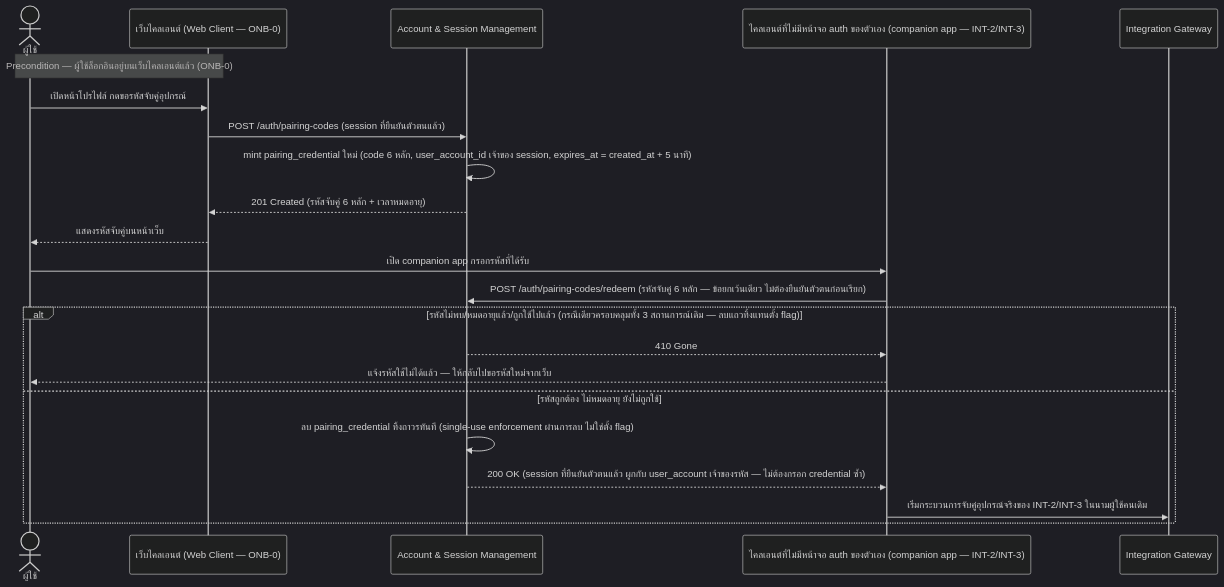
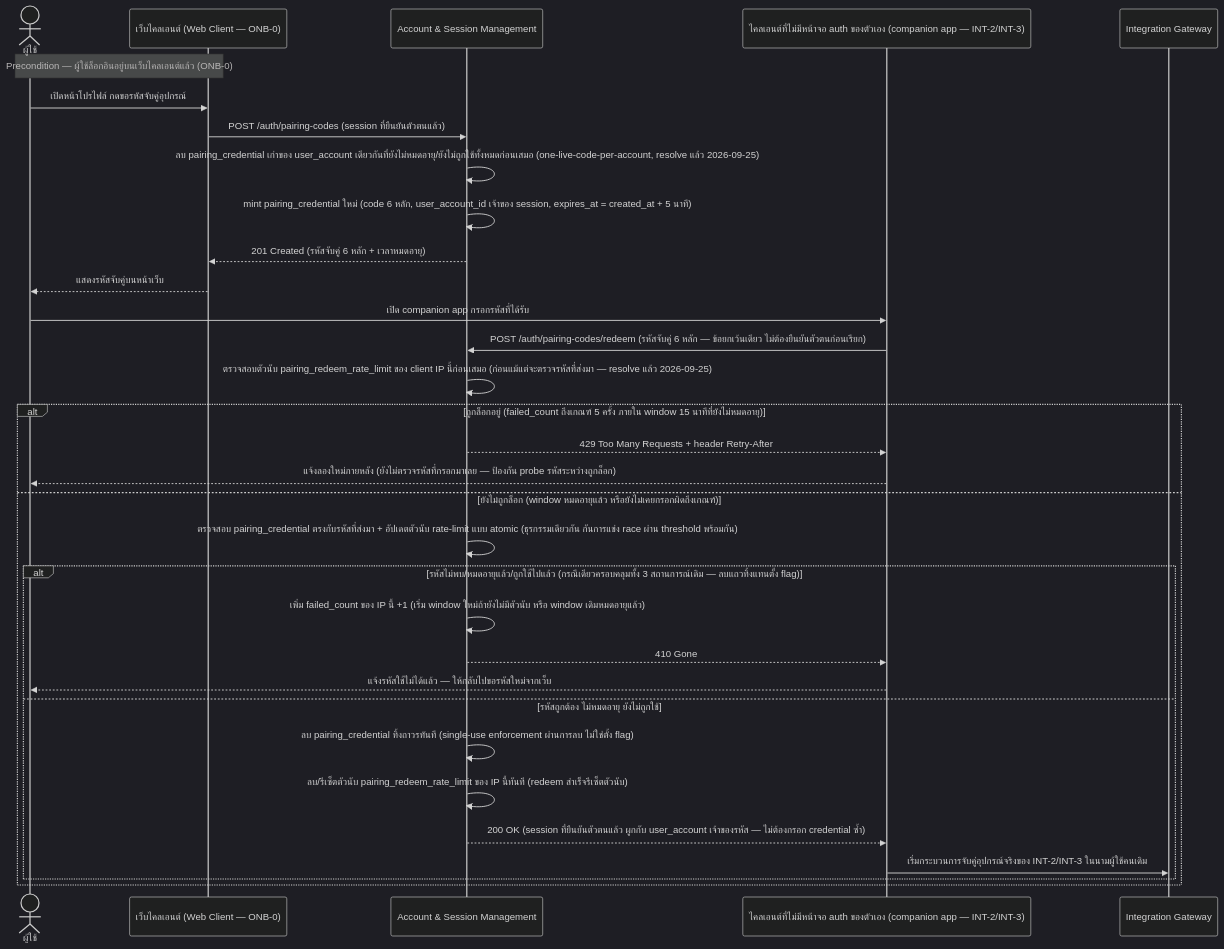
Before and after one commit to Kikofah/smartFit_daily: the third of 5 diagrams in docs/02-design/02-technical/detailed-design/04-smart-integrations.md, drawn with Mermaid (dark theme). The commit also changed other lines of this file and 17 other files, not shown here.

````diff
--- a/docs/02-design/02-technical/detailed-design/04-smart-integrations.md
+++ b/docs/02-design/02-technical/detailed-design/04-smart-integrations.md
@@ -157,24 +186,34 @@
 ```mermaid
 sequenceDiagram
     actor U as ผู้ใช้
     participant WC as เว็บไคลเอนต์ (Web Client — ONB-0)
     participant AS as Account & Session Management
     participant MC as ไคลเอนต์ที่ไม่มีหน้าจอ auth ของตัวเอง (companion app — INT-2/INT-3)
     participant IG as Integration Gateway
     Note over U,WC: Precondition — ผู้ใช้ล็อกอินอยู่บนเว็บไคลเอนต์แล้ว (ONB-0)
     U->>WC: เปิดหน้าโปรไฟล์ กดขอรหัสจับคู่อุปกรณ์
     WC->>AS: POST /auth/pairing-codes (session ที่ยืนยันตัวตนแล้ว)
+    AS->>AS: ลบ pairing_credential เก่าของ user_account เดียวกันที่ยังไม่หมดอายุ/ยังไม่ถูกใช้ทั้งหมดก่อนเสมอ (one-live-code-per-account, resolve แล้ว 2026-09-25)
     AS->>AS: mint pairing_credential ใหม่ (code 6 หลัก, user_account_id เจ้าของ session, expires_at = created_at + 5 นาที)
     AS-->>WC: 201 Created (รหัสจับคู่ 6 หลัก + เวลาหมดอายุ)
     WC-->>U: แสดงรหัสจับคู่บนหน้าเว็บ
     U->>MC: เปิด companion app กรอกรหัสที่ได้รับ
     MC->>AS: POST /auth/pairing-codes/redeem (รหัสจับคู่ 6 หลัก — ข้อยกเว้นเดียว ไม่ต้องยืนยันตัวตนก่อนเรียก)
-    alt รหัสไม่พบ/หมดอายุแล้ว/ถูกใช้ไปแล้ว (กรณีเดียวครอบคลุมทั้ง 3 สถานการณ์เดิม — ลบแถวทิ้งแทนตั้ง flag)
-        AS-->>MC: 410 Gone
-        MC-->>U: แจ้งรหัสใช้ไม่ได้แล้ว — ให้กลับไปขอรหัสใหม่จากเว็บ
-    else รหัสถูกต้อง ไม่หมดอายุ ยังไม่ถูกใช้
-        AS->>AS: ลบ pairing_credential ทิ้งถาวรทันที (single-use enforcement ผ่านการลบ ไม่ใช่ตั้ง flag)
-        AS-->>MC: 200 OK (session ที่ยืนยันตัวตนแล้ว ผูกกับ user_account เจ้าของรหัส — ไม่ต้องกรอก credential ซ้ำ)
-        MC->>IG: เริ่มกระบวนการจับคู่อุปกรณ์จริงของ INT-2/INT-3 ในนามผู้ใช้คนเดิม
+    AS->>AS: ตรวจสอบตัวนับ pairing_redeem_rate_limit ของ client IP นี้ก่อนเสมอ (ก่อนแม้แต่จะตรวจรหัสที่ส่งมา — resolve แล้ว 2026-09-25)
+    alt ถูกล็อกอยู่ (failed_count ถึงเกณฑ์ 5 ครั้ง ภายใน window 15 นาทีที่ยังไม่หมดอายุ)
+        AS-->>MC: 429 Too Many Requests + header Retry-After
+        MC-->>U: แจ้งลองใหม่ภายหลัง (ยังไม่ตรวจรหัสที่กรอกมาเลย — ป้องกัน probe รหัสระหว่างถูกล็อก)
+    else ยังไม่ถูกล็อก (window หมดอายุแล้ว หรือยังไม่เคยกรอกผิดถึงเกณฑ์)
+        AS->>AS: ตรวจสอบ pairing_credential ตรงกับรหัสที่ส่งมา + อัปเดตตัวนับ rate-limit แบบ atomic (ธุรกรรมเดียวกัน กันการแข่ง race ผ่าน threshold พร้อมกัน)
+        alt รหัสไม่พบ/หมดอายุแล้ว/ถูกใช้ไปแล้ว (กรณีเดียวครอบคลุมทั้ง 3 สถานการณ์เดิม — ลบแถวทิ้งแทนตั้ง flag)
+            AS->>AS: เพิ่ม failed_count ของ IP นี้ +1 (เริ่ม window ใหม่ถ้ายังไม่มีตัวนับ หรือ window เดิมหมดอายุแล้ว)
+            AS-->>MC: 410 Gone
+            MC-->>U: แจ้งรหัสใช้ไม่ได้แล้ว — ให้กลับไปขอรหัสใหม่จากเว็บ
+        else รหัสถูกต้อง ไม่หมดอายุ ยังไม่ถูกใช้
+            AS->>AS: ลบ pairing_credential ทิ้งถาวรทันที (single-use enforcement ผ่านการลบ ไม่ใช่ตั้ง flag)
+            AS->>AS: ลบ/รีเซ็ตตัวนับ pairing_redeem_rate_limit ของ IP นี้ทันที (redeem สำเร็จรีเซ็ตตัวนับ)
+            AS-->>MC: 200 OK (session ที่ยืนยันตัวตนแล้ว ผูกกับ user_account เจ้าของรหัส — ไม่ต้องกรอก credential ซ้ำ)
+            MC->>IG: เริ่มกระบวนการจับคู่อุปกรณ์จริงของ INT-2/INT-3 ในนามผู้ใช้คนเดิม
+        end
     end
 ```
````
